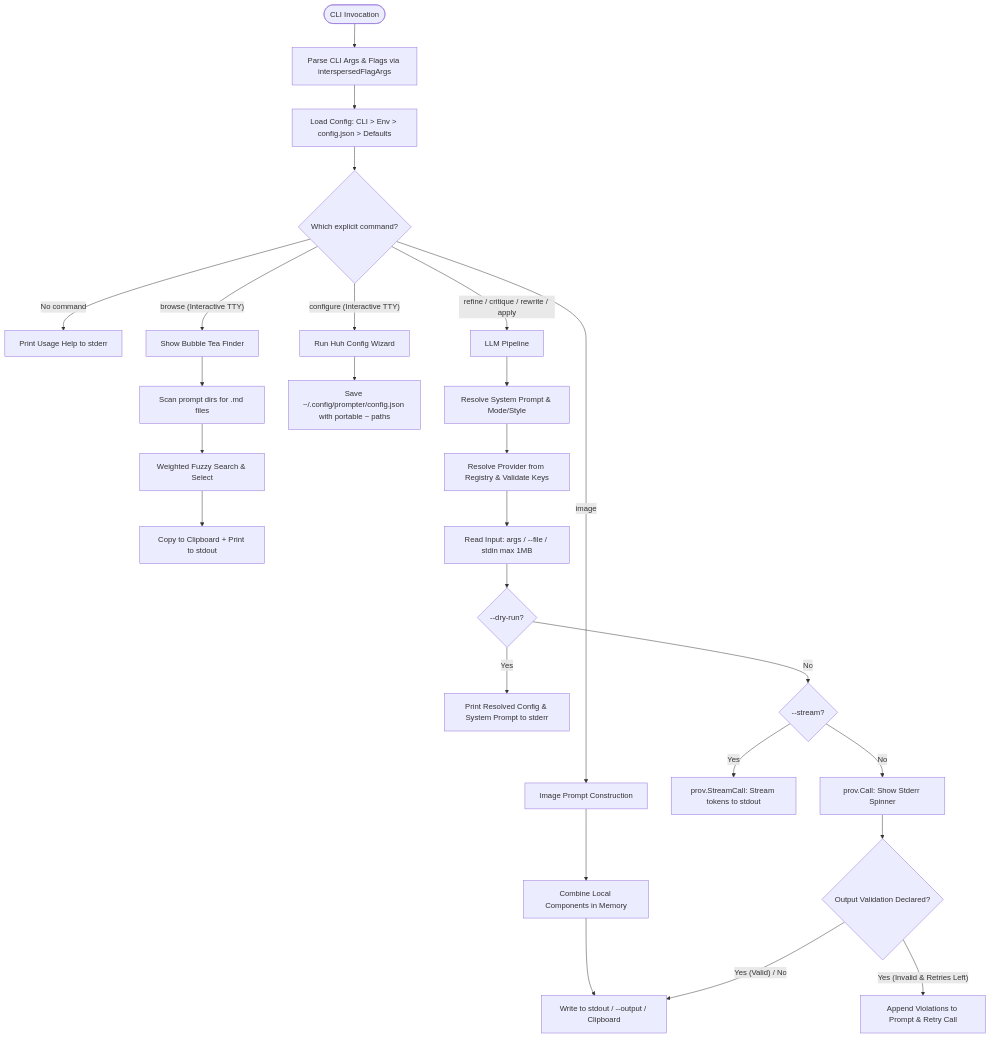
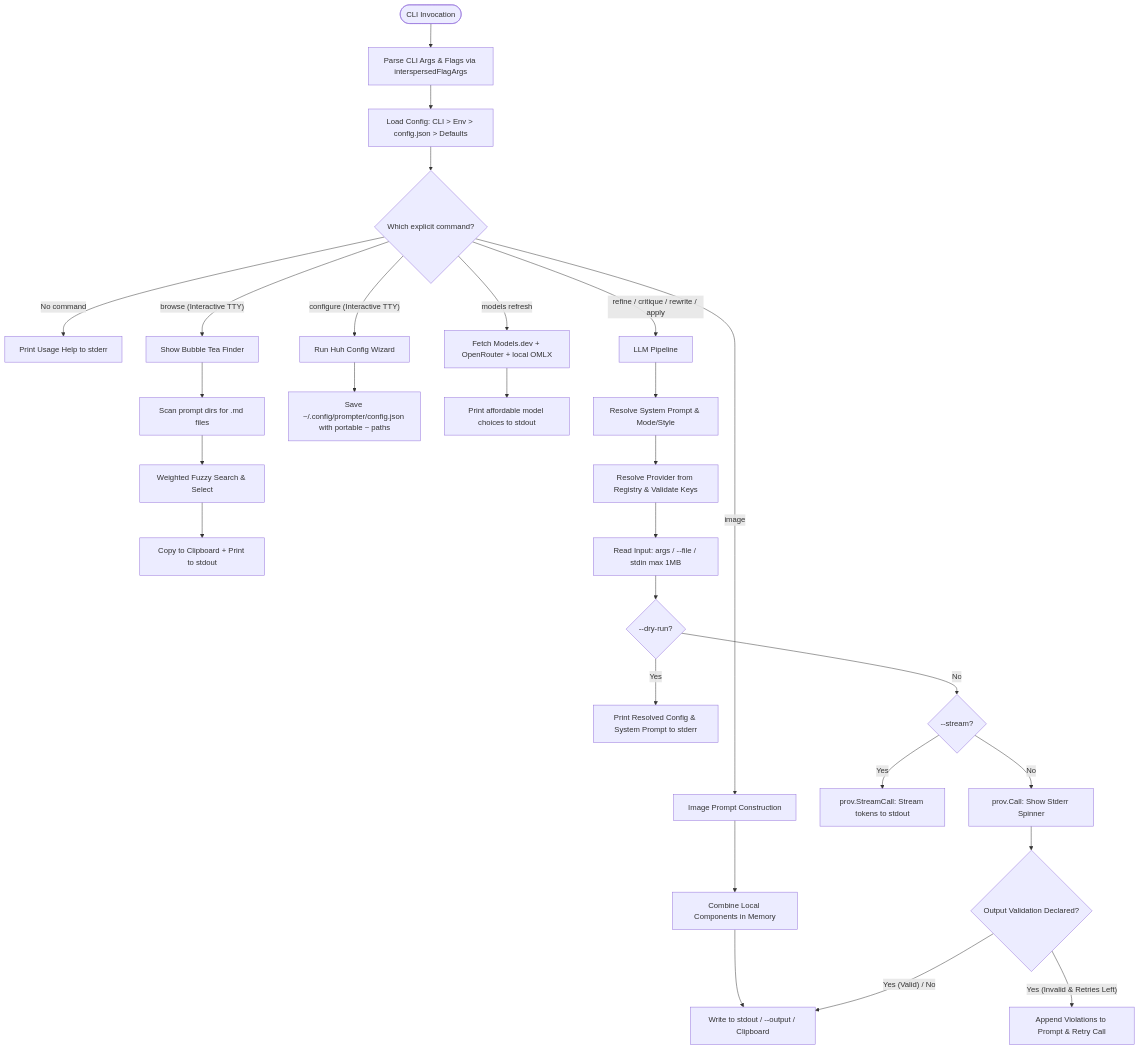
One commit to dotcommander/prompter changed the diagram in AGENTS.md. Above: the diagram before and after it, drawn with Mermaid. The commit also changed other lines of this file and 39 other files, not shown here.

````diff
--- a/AGENTS.md
+++ b/AGENTS.md
@@ -103,36 +106,39 @@
 ```mermaid
 flowchart TD
     Start([CLI Invocation]) --> ParseArgs[Parse CLI Args & Flags via interspersedFlagArgs]
     ParseArgs --> LoadConfig[Load Config: CLI > Env > config.json > Defaults]
     
     LoadConfig --> CheckMode{Which explicit command?}
     
     CheckMode -- "No command" --> PrintHelp[Print Usage Help to stderr]
     CheckMode -- "browse (Interactive TTY)" --> FinderFlow[Show Bubble Tea Finder]
     FinderFlow --> ScanPrompts[Scan prompt dirs for .md files]
     ScanPrompts --> FuzzySearch[Weighted Fuzzy Search & Select]
     FuzzySearch --> OutputFinder[Copy to Clipboard + Print to stdout]
     
     CheckMode -- "configure (Interactive TTY)" --> ConfigTUI[Run Huh Config Wizard]
     ConfigTUI --> SaveConfig[Save ~/.config/prompter/config.json with portable ~ paths]
-    
+
+    CheckMode -- "models refresh" --> ModelsFlow[Fetch Models.dev + OpenRouter + local OMLX]
+    ModelsFlow --> PrintModels[Print affordable model choices to stdout]
+
     CheckMode -- "image" --> AssembleFlow[Image Prompt Construction]
     AssembleFlow --> LocalComponents[Combine Local Components in Memory]
     LocalComponents --> OutputResult[Write to stdout / --output / Clipboard]
     
     CheckMode -- "refine / critique / rewrite / apply" --> LLMFlow[LLM Pipeline]
     LLMFlow --> ResolvePrompt[Resolve System Prompt & Mode/Style]
     ResolvePrompt --> ResolveProv[Resolve Provider from Registry & Validate Keys]
     ResolveProv --> ReadInput[Read Input: args / --file / stdin max 1MB]
     ReadInput --> DryRunCheck{--dry-run?}
     
     DryRunCheck -- Yes --> PrintDryRun[Print Resolved Config & System Prompt to stderr]
     DryRunCheck -- No --> StreamCheck{--stream?}
     
     StreamCheck -- Yes --> StreamCall[prov.StreamCall: Stream tokens to stdout]
     StreamCheck -- No --> UnaryCall[prov.Call: Show Stderr Spinner]
     UnaryCall --> ValidateCheck{Output Validation Declared?}
     
     ValidateCheck -- Yes (Invalid & Retries Left) --> RetryCall[Append Violations to Prompt & Retry Call]
     ValidateCheck -- Yes (Valid) / No --> OutputResult
 ```
````
